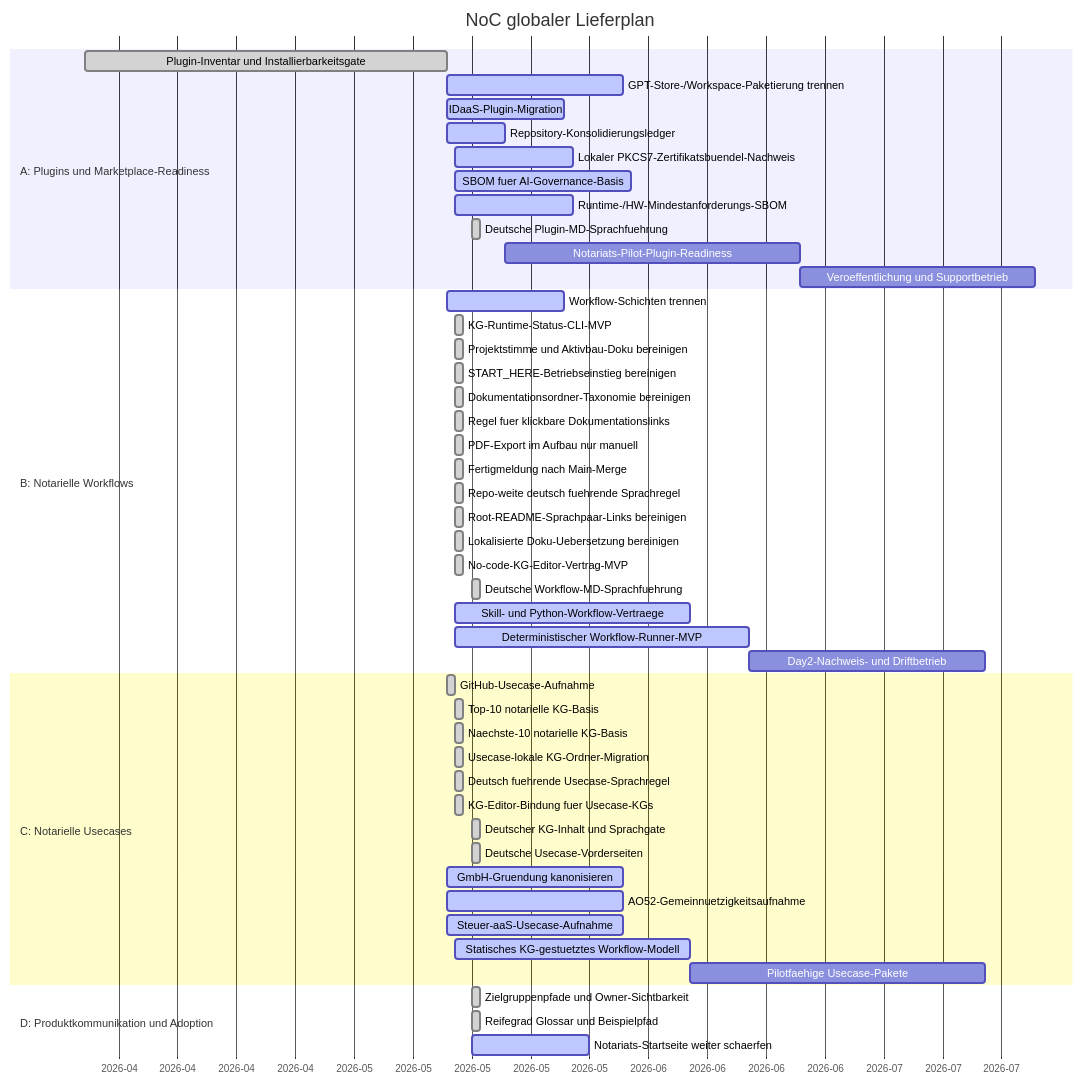
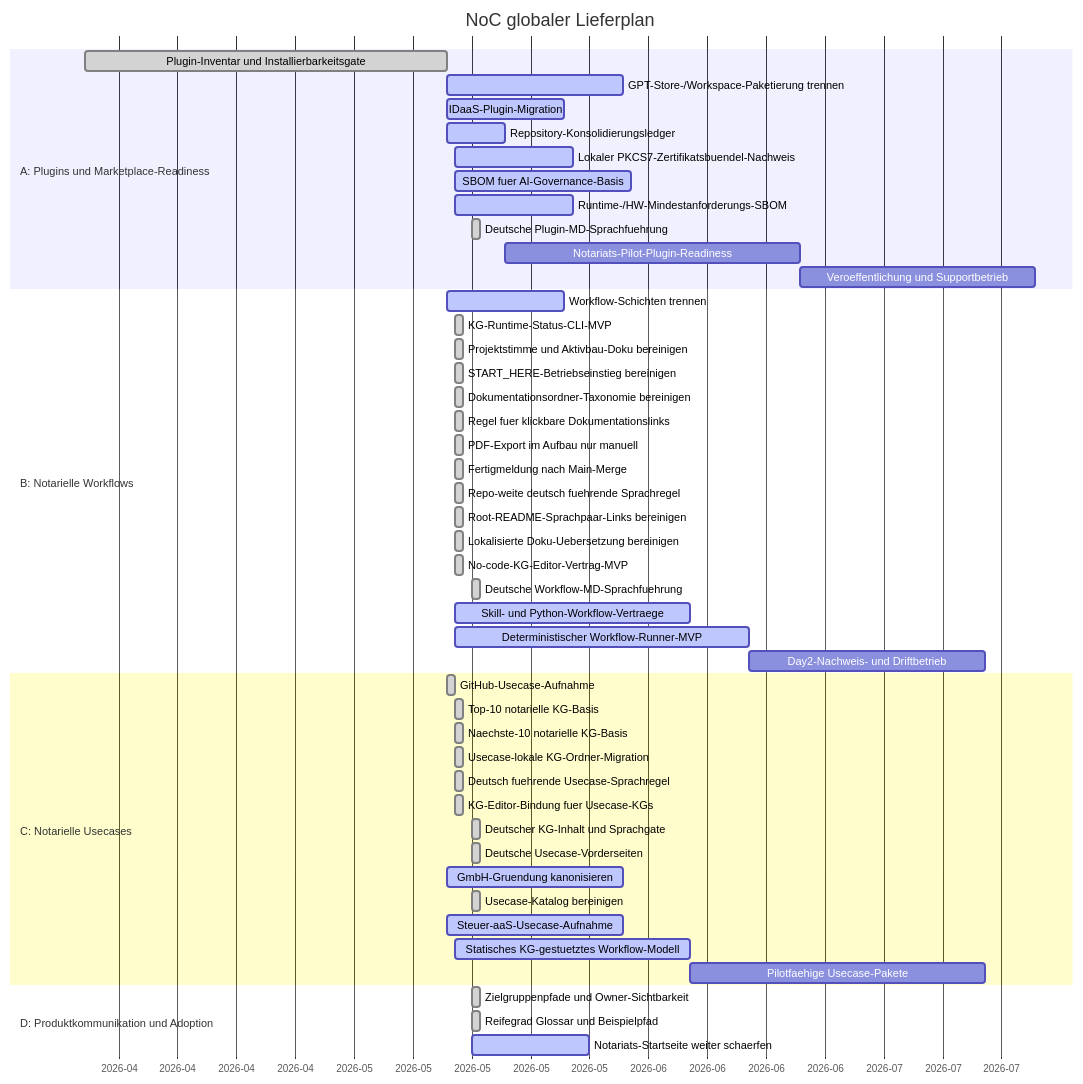
One commit to notariat8/NaC changed the diagram in roadmap/GANTT.md. Above: the diagram before and after it, drawn with Mermaid. The commit also changed other lines of this file and 16 other files, not shown here.

Commit message:
Remove removed active intake usecase

````diff
--- a/roadmap/GANTT.md
+++ b/roadmap/GANTT.md
@@ -13,56 +13,56 @@
 ```mermaid
 gantt
     title NoC globaler Lieferplan
     dateFormat  YYYY-MM-DD
     axisFormat  %Y-%m
 
     section A: Plugins und Marketplace-Readiness
     Plugin-Inventar und Installierbarkeitsgate   :done,    a1, 2026-04-01, 2026-05-14
     GPT-Store-/Workspace-Paketierung trennen     :active,  a2, 2026-05-14, 21d
     IDaaS-Plugin-Migration                       :active,  a3, 2026-05-14, 14d
     Repository-Konsolidierungsledger             :active,  a4, 2026-05-14, 7d
     Lokaler PKCS7-Zertifikatsbuendel-Nachweis    :active,  a4a, 2026-05-15, 14d
     SBOM fuer AI-Governance-Basis                :active,  a4b, 2026-05-15, 21d
     Runtime-/HW-Mindestanforderungs-SBOM         :active,  a4c, 2026-05-15, 14d
     Deutsche Plugin-MD-Sprachfuehrung            :done,    a4d, 2026-05-17, 1d
     Notariats-Pilot-Plugin-Readiness             :         a5, after a4, 35d
     Veroeffentlichung und Supportbetrieb         :         a6, after a5, 28d
 
     section B: Notarielle Workflows
     Workflow-Schichten trennen                   :active,  b1, 2026-05-14, 14d
     KG-Runtime-Status-CLI-MVP                    :done,    b1a, 2026-05-15, 1d
     Projektstimme und Aktivbau-Doku bereinigen   :done,    b1b, 2026-05-15, 1d
     START_HERE-Betriebseinstieg bereinigen       :done,    b1c, 2026-05-15, 1d
     Dokumentationsordner-Taxonomie bereinigen    :done,    b1d, 2026-05-15, 1d
     Regel fuer klickbare Dokumentationslinks     :done,    b1e, 2026-05-15, 1d
     PDF-Export im Aufbau nur manuell             :done,    b1f, 2026-05-15, 1d
     Fertigmeldung nach Main-Merge                :done,    b1g, 2026-05-15, 1d
     Repo-weite deutsch fuehrende Sprachregel     :done,    b1h, 2026-05-15, 1d
     Root-README-Sprachpaar-Links bereinigen      :done,    b1i, 2026-05-15, 1d
     Lokalisierte Doku-Uebersetzung bereinigen    :done,    b1j, 2026-05-15, 1d
     No-code-KG-Editor-Vertrag-MVP                :done,    b1k, 2026-05-15, 1d
     Deutsche Workflow-MD-Sprachfuehrung          :done,    b1l, 2026-05-17, 1d
     Skill- und Python-Workflow-Vertraege         :active,  b2, 2026-05-15, 28d
     Deterministischer Workflow-Runner-MVP        :active,  b3, 2026-05-15, 35d
     Day2-Nachweis- und Driftbetrieb              :         b4, after b3, 28d
 
     section C: Notarielle Usecases
     GitHub-Usecase-Aufnahme                      :done,    c1, 2026-05-14, 1d
     Top-10 notarielle KG-Basis                   :done,    c2, 2026-05-15, 1d
     Naechste-10 notarielle KG-Basis              :done,    c3, 2026-05-15, 1d
     Usecase-lokale KG-Ordner-Migration           :done,    c3a, 2026-05-15, 1d
     Deutsch fuehrende Usecase-Sprachregel        :done,    c3b, 2026-05-15, 1d
     KG-Editor-Bindung fuer Usecase-KGs           :done,    c3c, 2026-05-15, 1d
     Deutscher KG-Inhalt und Sprachgate           :done,    c3d, 2026-05-17, 1d
     Deutsche Usecase-Vorderseiten                :done,    c3e, 2026-05-17, 1d
     GmbH-Gruendung kanonisieren                  :active,  c4, 2026-05-14, 21d
-    AO52-Gemeinnuetzigkeitsaufnahme              :active,  c5, 2026-05-14, 21d
+    Usecase-Katalog bereinigen                 :done,    c5, 2026-05-17, 1d
     Steuer-aaS-Usecase-Aufnahme                  :active,  c6, 2026-05-14, 21d
     Statisches KG-gestuetztes Workflow-Modell    :active,  c7, 2026-05-15, 28d
     Pilotfaehige Usecase-Pakete                  :         c8, after c7, 35d
 
     section D: Produktkommunikation und Adoption
     Zielgruppenpfade und Owner-Sichtbarkeit      :done,    d1, 2026-05-17, 1d
     Reifegrad Glossar und Beispielpfad           :done,    d1a, 2026-05-17, 1d
     Notariats-Startseite weiter schaerfen        :active,  d2, 2026-05-17, 14d
 ```
````
